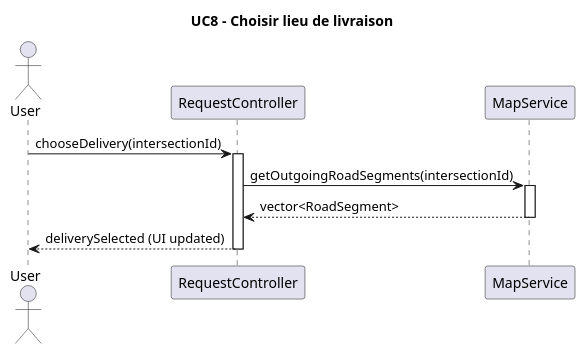
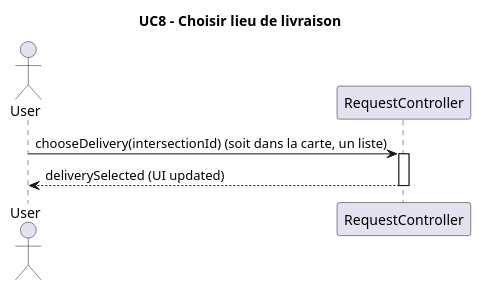
One commit to enzo-dosanjos/Pickup_Delivery_App changed the diagram in diagrams/diagramUC8.plantuml. Above: the diagram before and after it, drawn with PlantUML. The commit also changed 8 other files, not shown here.

Commit message:
Update use case diagrams and class diagram

```diff
--- a/diagrams/diagramUC8.plantuml
+++ b/diagrams/diagramUC8.plantuml
@@ -1,18 +1,14 @@
 @startuml
 title UC8 - Choisir lieu de livraison
 
 actor User
 participant "RequestController" as RC
-participant "MapService" as MS
 
-User -> RC : chooseDelivery(intersectionId)
+
+User -> RC : chooseDelivery(intersectionId) (soit dans la carte, un liste)
 activate RC
 
-RC -> MS : getOutgoingRoadSegments(intersectionId)
-activate MS
-MS --> RC : vector<RoadSegment>
-deactivate MS
 
 RC --> User : deliverySelected (UI updated)
 deactivate RC
 @enduml
```
